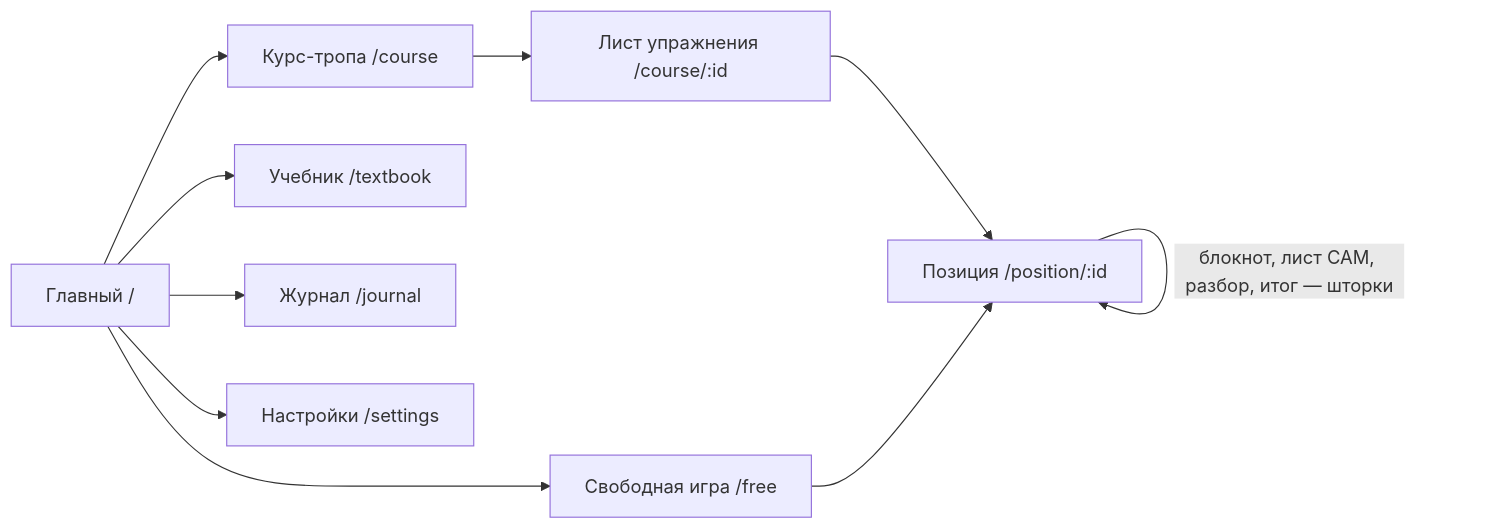
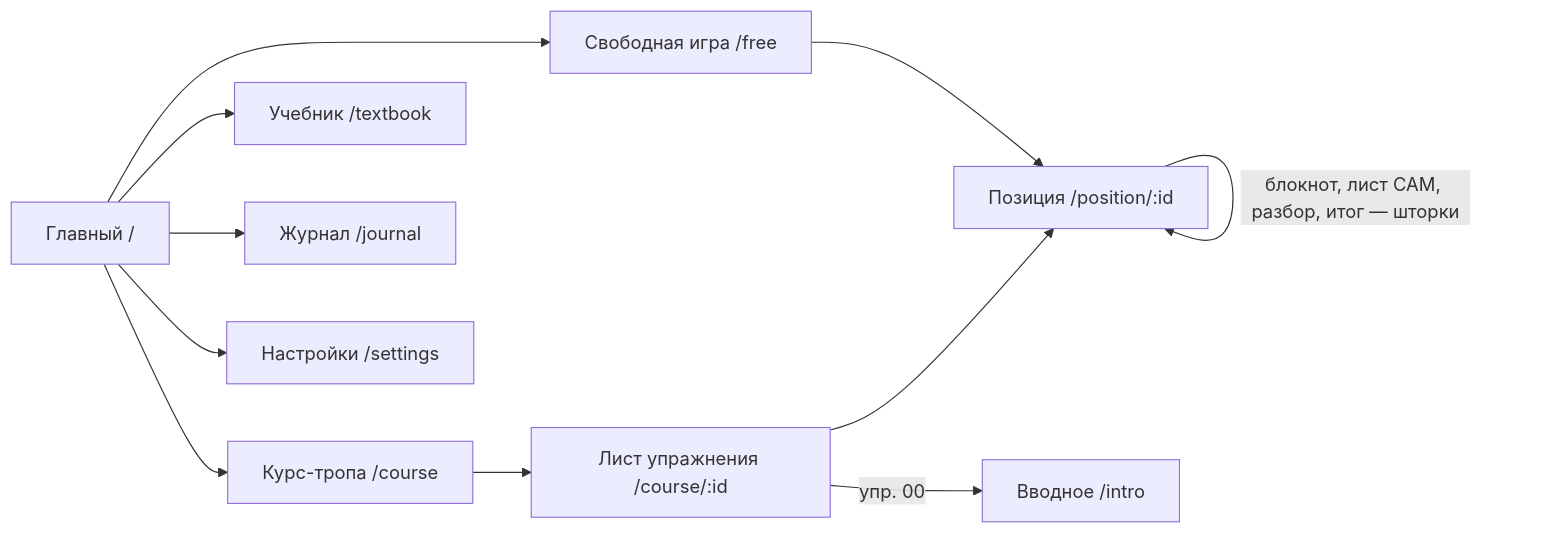
The diagram in docs/design/DESIGN-CURRENT.md (DrVitaliiSdelnikov/OR), drawn with Mermaid before and after one commit. The commit also changed other lines of this file and 28 other files, not shown here.

````diff
--- a/docs/design/DESIGN-CURRENT.md
+++ b/docs/design/DESIGN-CURRENT.md
@@ -32,9 +32,10 @@
 ```mermaid
 flowchart LR
   H[Главный /] --> C[Курс-тропа /course] --> E[Лист упражнения /course/:id] --> P[Позиция /position/:id]
   H --> F[Свободная игра /free] --> P
   H --> T[Учебник /textbook]
   H --> J[Журнал /journal]
   H --> S[Настройки /settings]
+  E -- упр. 00 --> I[Вводное /intro]
   P -- блокнот, лист САМ, разбор, итог — шторки --> P
 ```
````
